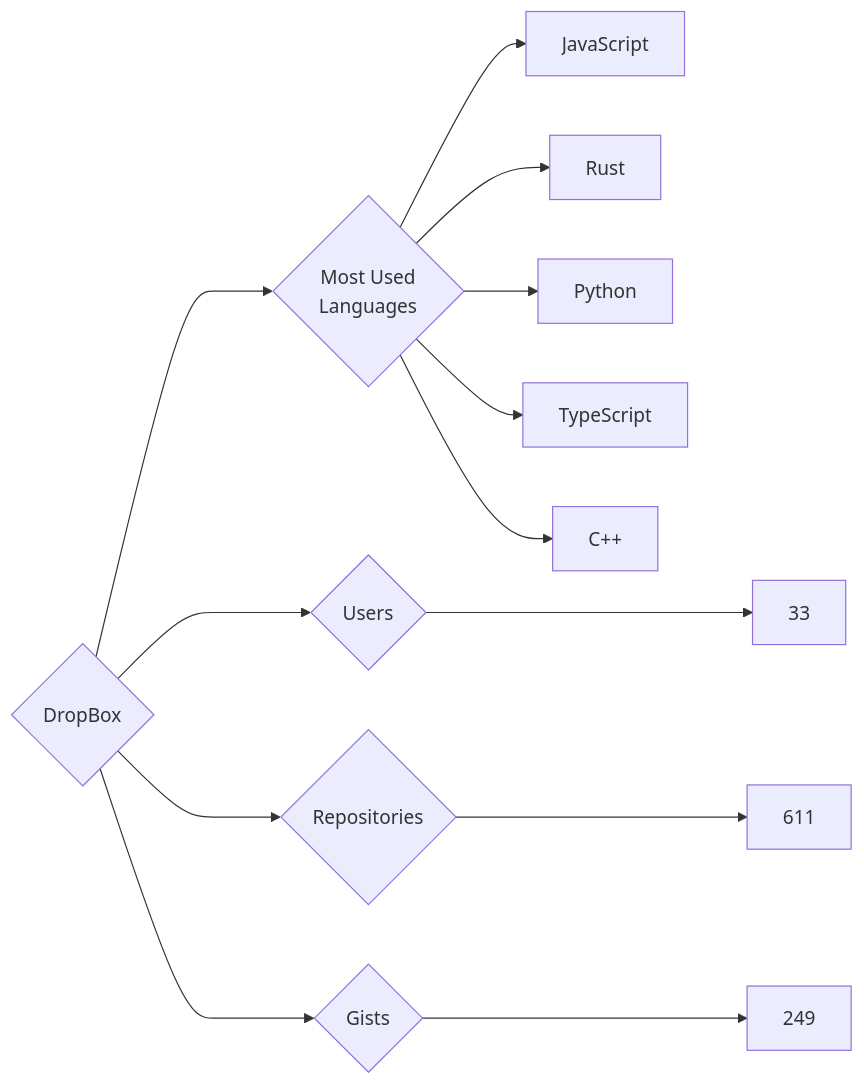
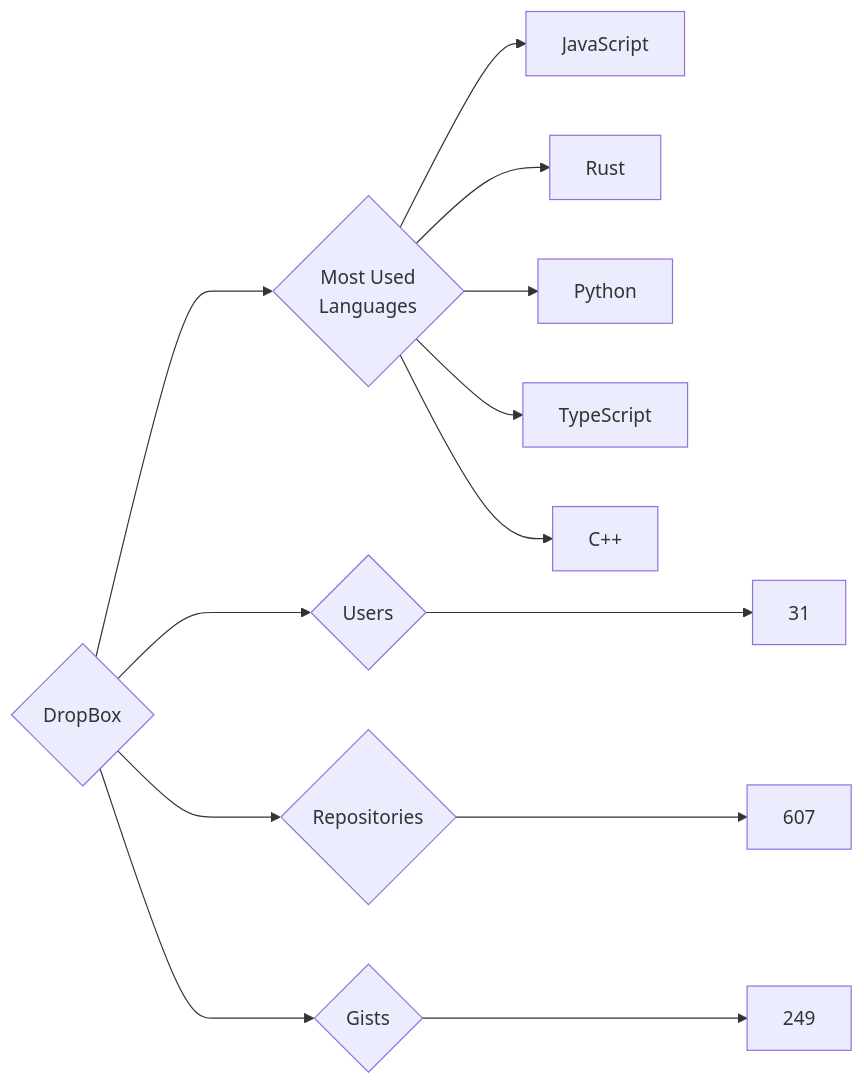
The diagram in targets/DropBox/README.md (trickest/insiders), drawn with Mermaid before and after one commit. The commit also changed 594 other files, not shown here.

````diff
--- a/targets/DropBox/README.md
+++ b/targets/DropBox/README.md
@@ -3,13 +3,13 @@
 ```mermaid
 graph LR
 COMPANY_NAME{DropBox}
-COMPANY_NAME ---> U{Users} ---> UN[33]
-COMPANY_NAME ---> R{Repositories} ---> RN[611]
+COMPANY_NAME ---> U{Users} ---> UN[31]
+COMPANY_NAME ---> R{Repositories} ---> RN[607]
 COMPANY_NAME ---> G{Gists} ---> GN[249]
 COMPANY_NAME ---> ML{Most Used<br>Languages}
 ML --> JavaScript[JavaScript]
 ML --> Rust[Rust]
 ML --> Python[Python]
 ML --> TypeScript[TypeScript]
 ML --> C++[C++]
 ```
````
